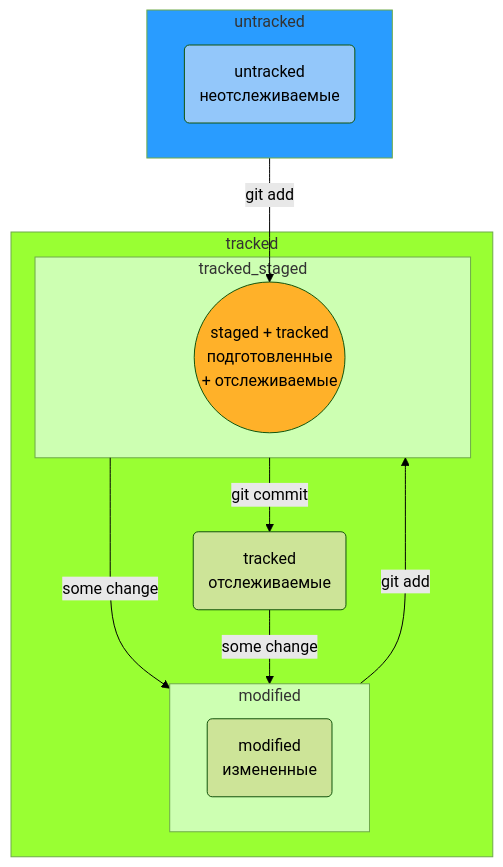
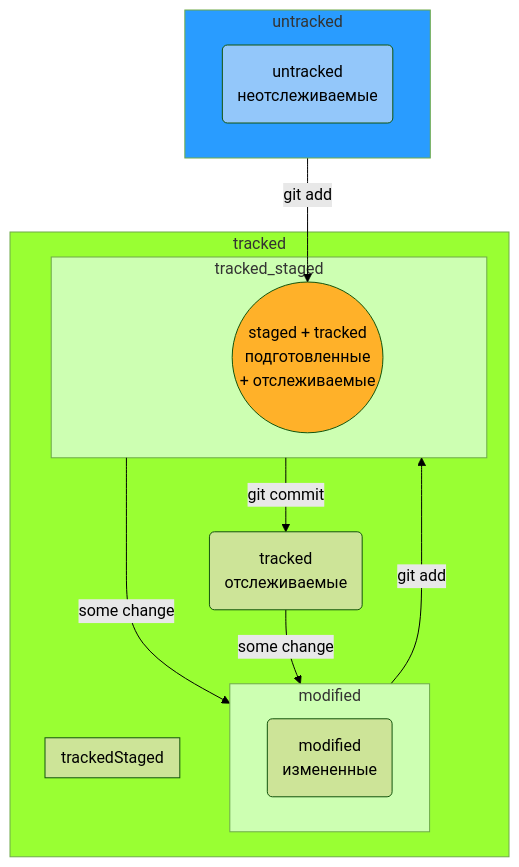
Before and after one commit to AleksandrVakarin/GitInstructionMermaid: the diagram in README.md, drawn with Mermaid (forest theme).

````diff
--- a/README.md
+++ b/README.md
@@ -93,39 +93,42 @@
 ```mermaid
 flowchart TD;
 	
 	stgd((staged + tracked<br>подготовленные<br> + отслеживаемые))
 	mdf(modified<br>измененные)
 	untr(untracked<br>неотслеживаемые)
 	trcd(tracked<br>отслеживаемые)
 
 
 	
 
 	subgraph tracked
-		subgraph modified
-			mdf
-		end
-
 		subgraph tracked_staged
 			stgd
 		end
 
 		modified-- git add --> tracked_staged
 		tracked_staged-- some change --> modified
 		tracked_staged-- git commit --> trcd
 		trcd-- some change -->modified
+
+		subgraph modified
+			mdf
+		end
+
+		subgraph trackedStaged
+		end
 
 	end
 
 
 	subgraph untracked
 		untr
 	end
 	
 	untracked-- git add -->stgd
 
 	style stgd fill: #FFB129
 	style untr fill: #93C7FA
 	style untracked fill: #299CFF
 	style tracked fill: #99FF33
 ```
````
